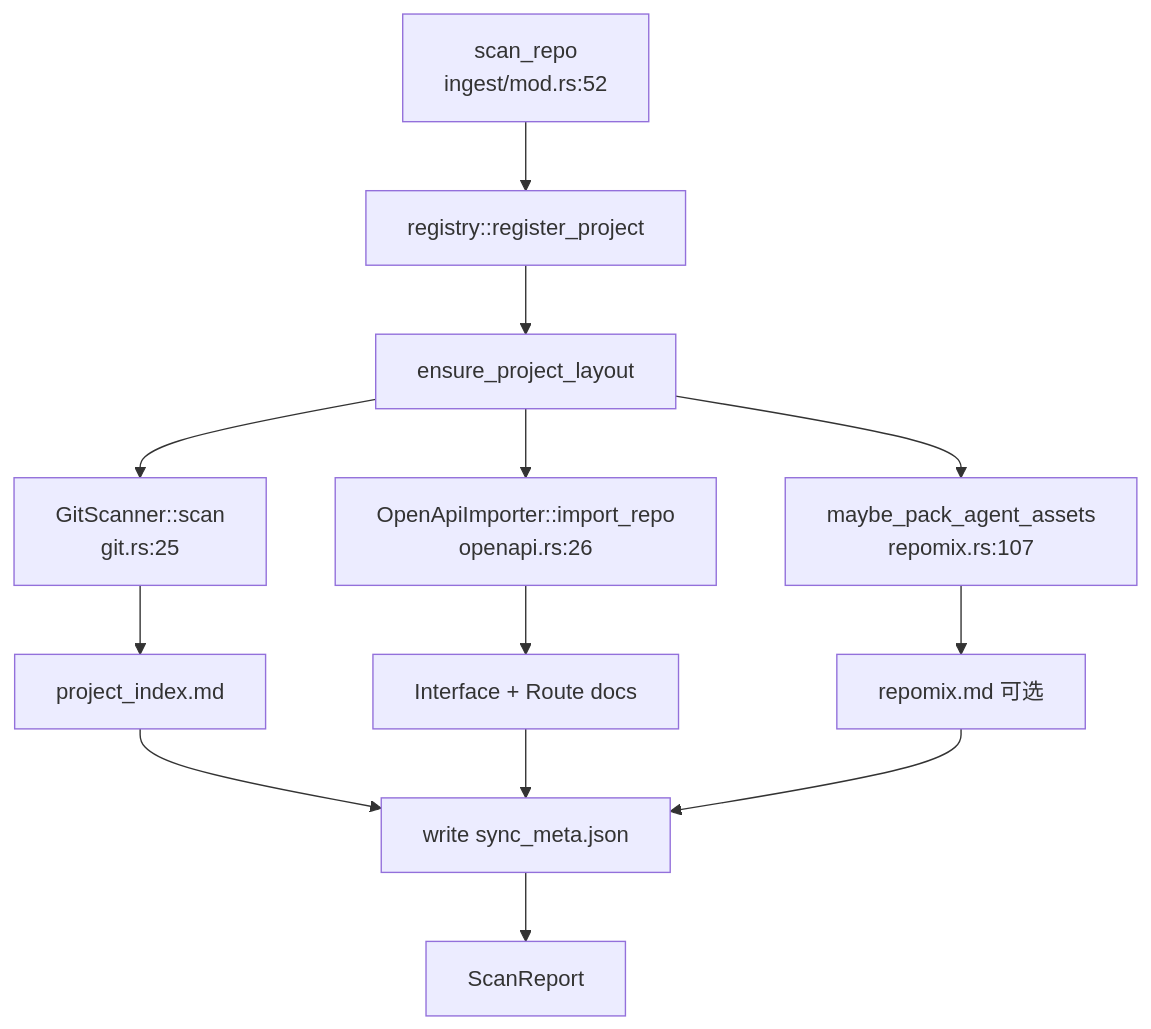
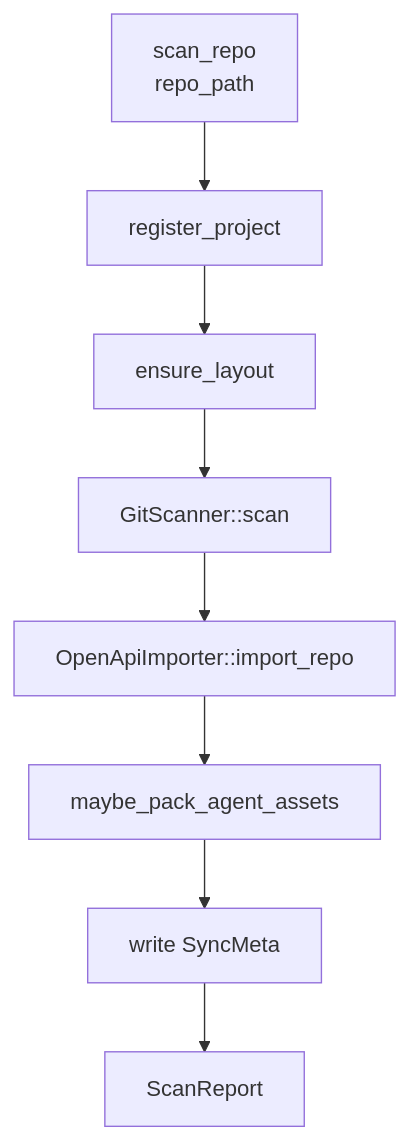
Before and after one commit to sopaco/terrain: the diagram in .terrain/human/4.Deep-Exploration/源码扫描.md, drawn with Mermaid. The commit also changed other lines of this file and 79 other files, not shown here.

````diff
--- a/.terrain/human/4.Deep-Exploration/源码扫描.md
+++ b/.terrain/human/4.Deep-Exploration/源码扫描.md
@@ -46,15 +33,10 @@
 ```mermaid
 flowchart TD
-    A["scan_repo<br/>ingest/mod.rs:52"] --> B["registry::register_project"]
-    B --> C["ensure_project_layout"]
-    C --> D["GitScanner::scan<br/>git.rs:25"]
-    D --> E["project_index.md"]
-    C --> F["OpenApiImporter::import_repo<br/>openapi.rs:26"]
-    F --> G["Interface + Route docs"]
-    C --> H["maybe_pack_agent_assets<br/>repomix.rs:107"]
-    H --> I["repomix.md 可选"]
-    E --> J["write sync_meta.json"]
-    G --> J
-    I --> J
-    J --> K["ScanReport"]
+    A["scan_repo<br/>repo_path"] --> B["register_project"]
+    B --> C["ensure_layout"]
+    C --> D["GitScanner::scan"]
+    D --> E["OpenApiImporter::import_repo"]
+    E --> F["maybe_pack_agent_assets"]
+    F --> G["write SyncMeta"]
+    G --> H["ScanReport"]
 ```
````
